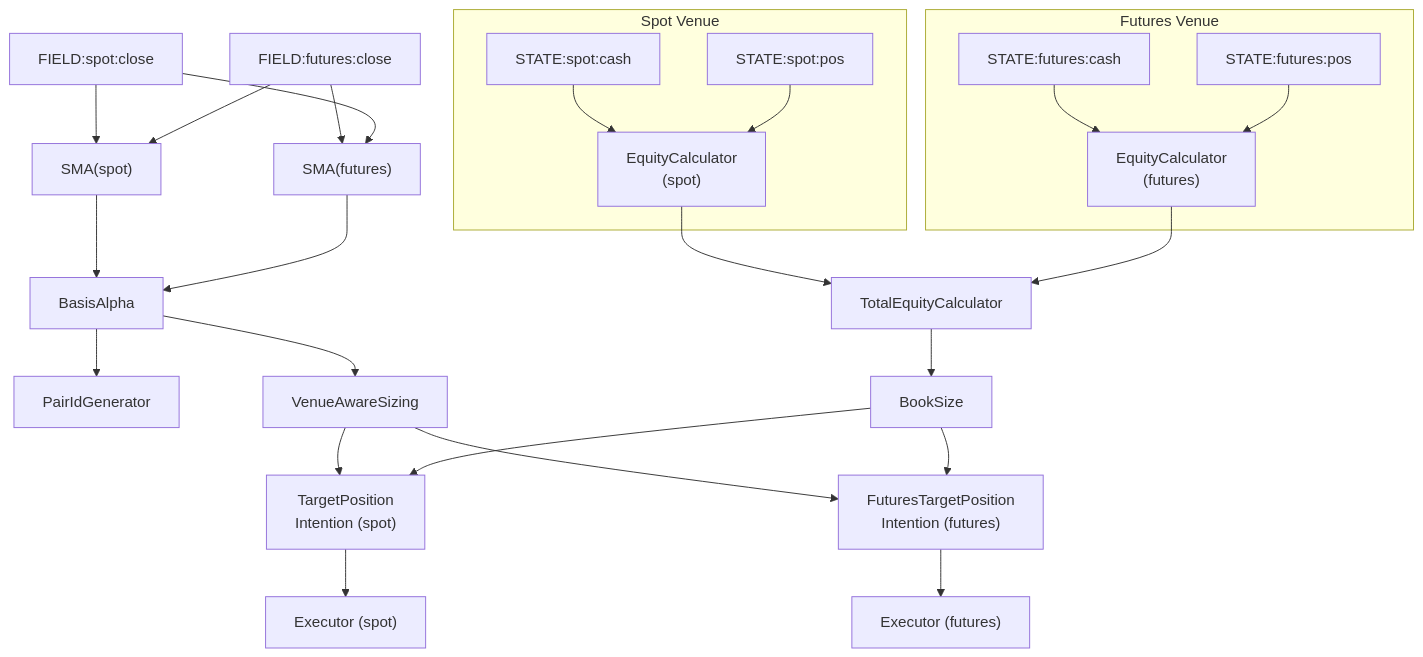
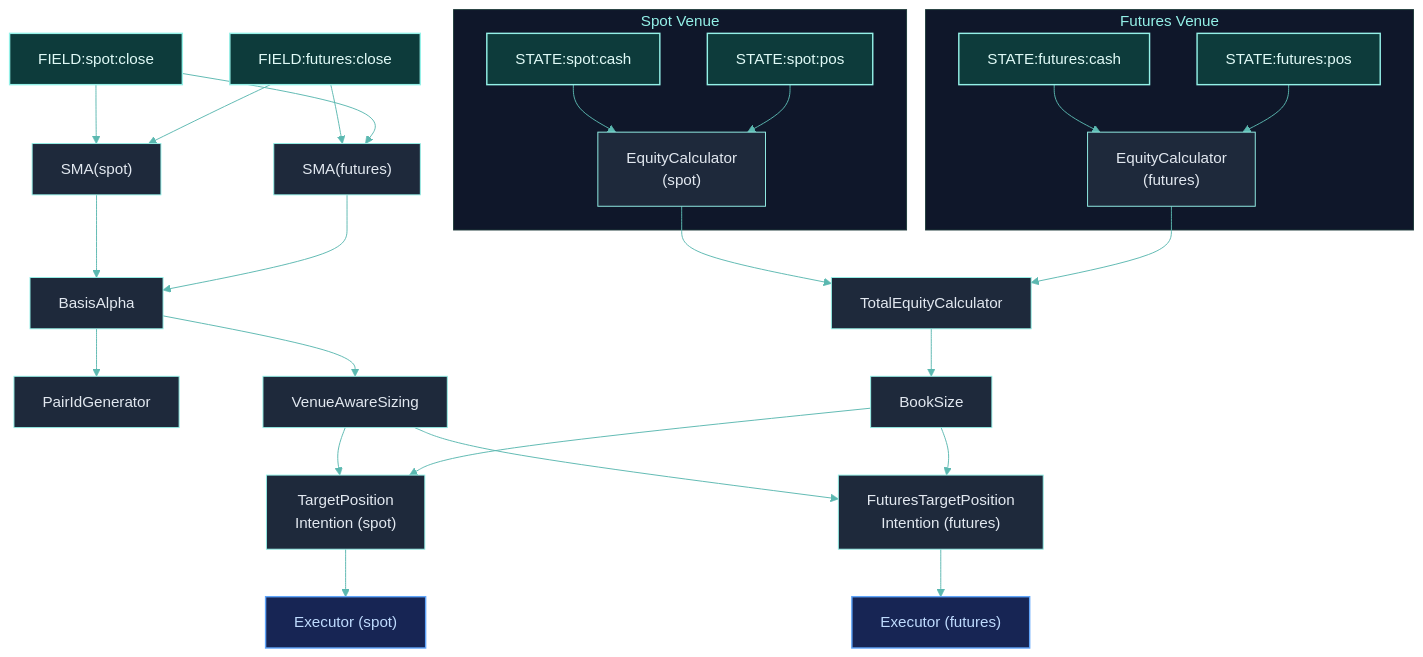
Before and after one commit to Clypt/docs: the diagram in tutorials/cross-exchange-arb.mdx, drawn with Mermaid. The commit also changed 73 other files, not shown here.

````diff
--- a/tutorials/cross-exchange-arb.mdx
+++ b/tutorials/cross-exchange-arb.mdx
@@ -296,36 +296,43 @@
 ```mermaid
+%%{init: {'theme': 'base', 'themeVariables': { 'primaryColor': '#1e293b', 'primaryTextColor': '#e2e8f0', 'primaryBorderColor': '#94F1E8', 'lineColor': '#5bb8b0', 'clusterBkg': '#0f172a', 'clusterBorder': '#1e3a3a', 'titleColor': '#94F1E8', 'edgeLabelBackground': 'transparent' }}}%%
 flowchart TB
+    classDef source fill:#0d3b3b,stroke:#94F1E8,stroke-width:1.5px,color:#e0faf7
+    classDef action fill:#172554,stroke:#60a5fa,stroke-width:1.5px,color:#bfdbfe
+
     SPOT_CLOSE["FIELD:spot:close"] --> sma_spot["SMA(spot)"]
     FUT_CLOSE["FIELD:futures:close"] --> sma_spot
     FUT_CLOSE --> sma_fut["SMA(futures)"]
     SPOT_CLOSE --> sma_fut
 
     sma_spot --> basis["BasisAlpha"]
     sma_fut --> basis
 
     basis --> pairid["PairIdGenerator"]
     basis --> sizing["VenueAwareSizing"]
 
     subgraph Spot Venue
         S_CASH["STATE:spot:cash"] --> eq_spot["EquityCalculator<br>(spot)"]
         S_POS["STATE:spot:pos"] --> eq_spot
     end
 
     subgraph Futures Venue
         F_CASH["STATE:futures:cash"] --> eq_fut["EquityCalculator<br>(futures)"]
         F_POS["STATE:futures:pos"] --> eq_fut
     end
 
     eq_spot --> total_eq["TotalEquityCalculator"]
     eq_fut --> total_eq
     total_eq --> book["BookSize"]
 
     sizing --> spot_int["TargetPosition<br>Intention (spot)"]
     book --> spot_int
 
     sizing --> fut_int["FuturesTargetPosition<br>Intention (futures)"]
     book --> fut_int
 
     spot_int --> exec_spot["Executor (spot)"]
     fut_int --> exec_fut["Executor (futures)"]
+
+    class SPOT_CLOSE,FUT_CLOSE,S_CASH,S_POS,F_CASH,F_POS source
+    class exec_spot,exec_fut action
 ```
````
